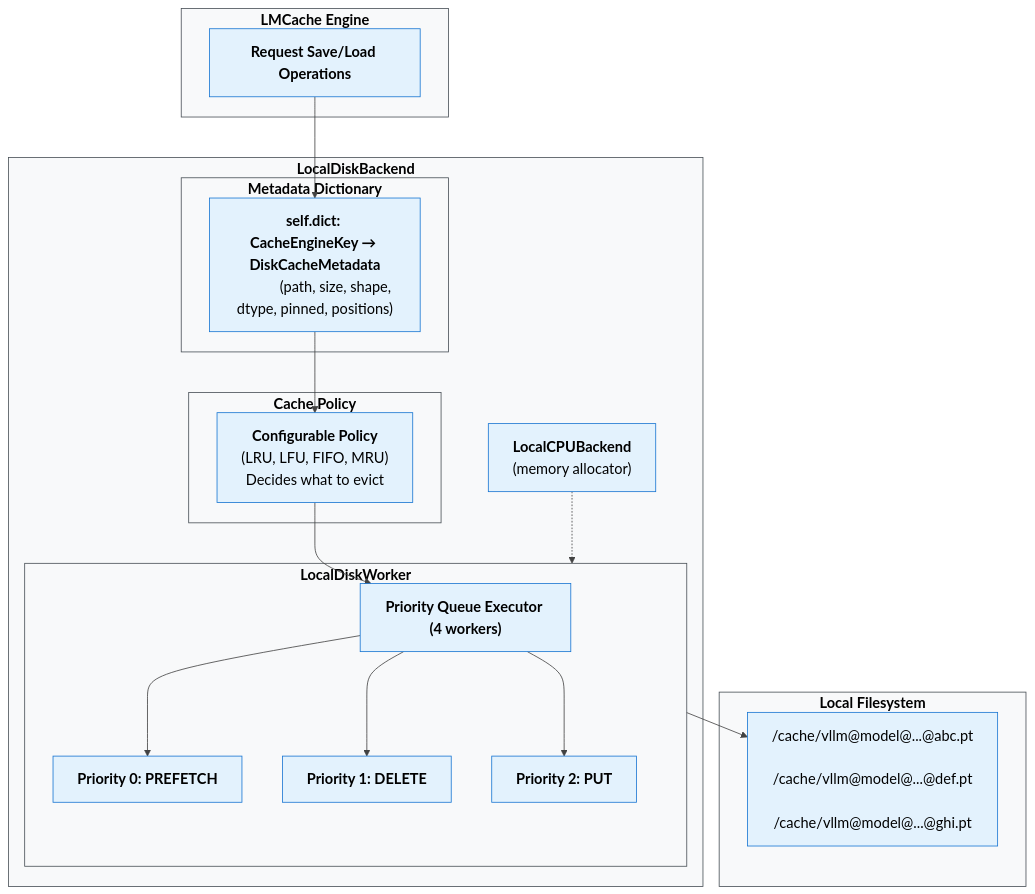
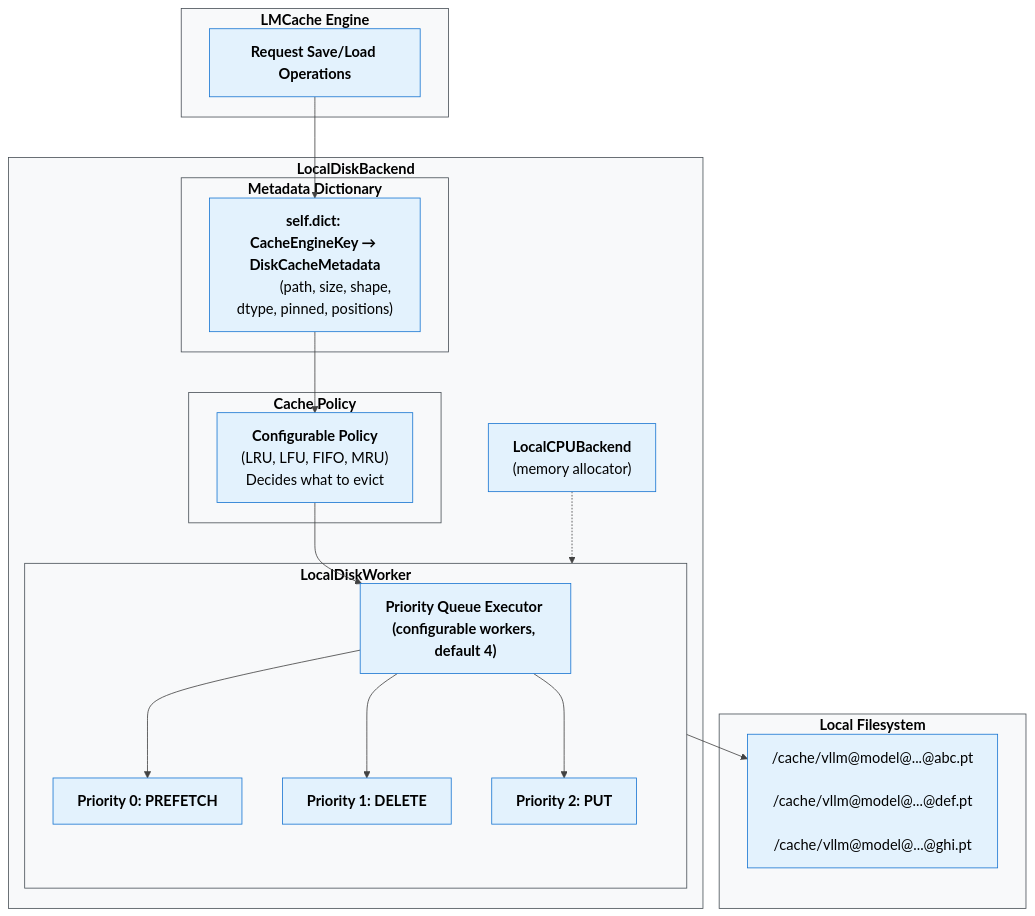
Before and after one commit to LMCache/LMCache: the first of 3 diagrams in docs/source/kv_cache/storage_backends/local_storage.rst, drawn with Mermaid. The commit also changed other lines of this file and 4 other files, not shown here.

```diff
--- a/docs/source/kv_cache/storage_backends/local_storage.rst
+++ b/docs/source/kv_cache/storage_backends/local_storage.rst
@@ -125,45 +129,45 @@
 .. mermaid::
 
     %%{init: {'theme': 'base', 'themeVariables': { 'fontSize': '18px', 'fontFamily': 'arial', 'primaryColor': '#e3f2fd', 'primaryTextColor': '#000', 'primaryBorderColor': '#1976d2', 'lineColor': '#424242', 'secondaryColor': '#f5f5f5', 'tertiaryColor': '#ffffff', 'background': '#ffffff', 'clusterBkg': '#f8f9fa', 'clusterBorder': '#495057' }}}%%
     flowchart TB
         subgraph Engine["<b>LMCache Engine</b>"]
             E["<b>Request Save/Load Operations</b>"]
         end
 
         subgraph LDB["<b>LocalDiskBackend</b>"]
             subgraph Meta["<b>Metadata Dictionary</b>"]
                 Dict["<b>self.dict: CacheEngineKey → DiskCacheMetadata</b>
                 (path, size, shape, dtype, pinned, positions)"]
             end
             
             subgraph Policy["<b>Cache Policy</b>"]
                 CP["<b>Configurable Policy</b>
                 (LRU, LFU, FIFO, MRU)
                 Decides what to evict"]
             end
             
             subgraph Worker["<b>LocalDiskWorker</b>"]
-                PQ["<b>Priority Queue Executor (4 workers)</b>"]
+                PQ["<b>Priority Queue Executor (configurable workers, default 4)</b>"]
                 P0["<b>Priority 0: PREFETCH</b>"]
                 P1["<b>Priority 1: DELETE</b>"]
                 P2["<b>Priority 2: PUT</b>"]
             end
             
             CPU["<b>LocalCPUBackend</b>
             (memory allocator)"]
         end
 
         subgraph Disk["<b>Local Filesystem</b>"]
             Files["/cache/vllm@model@...@abc.pt
             /cache/vllm@model@...@def.pt
             /cache/vllm@model@...@ghi.pt"]
         end
 
         E --> Dict
         Dict --> CP
         CP --> PQ
         PQ --> P0
         PQ --> P1
         PQ --> P2
         Worker --> Files
         CPU -.-> Worker
```
